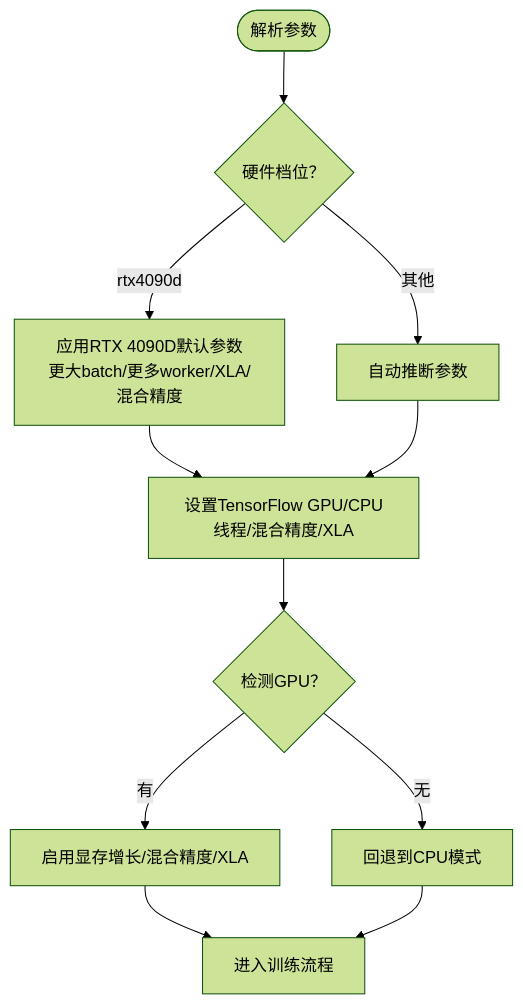
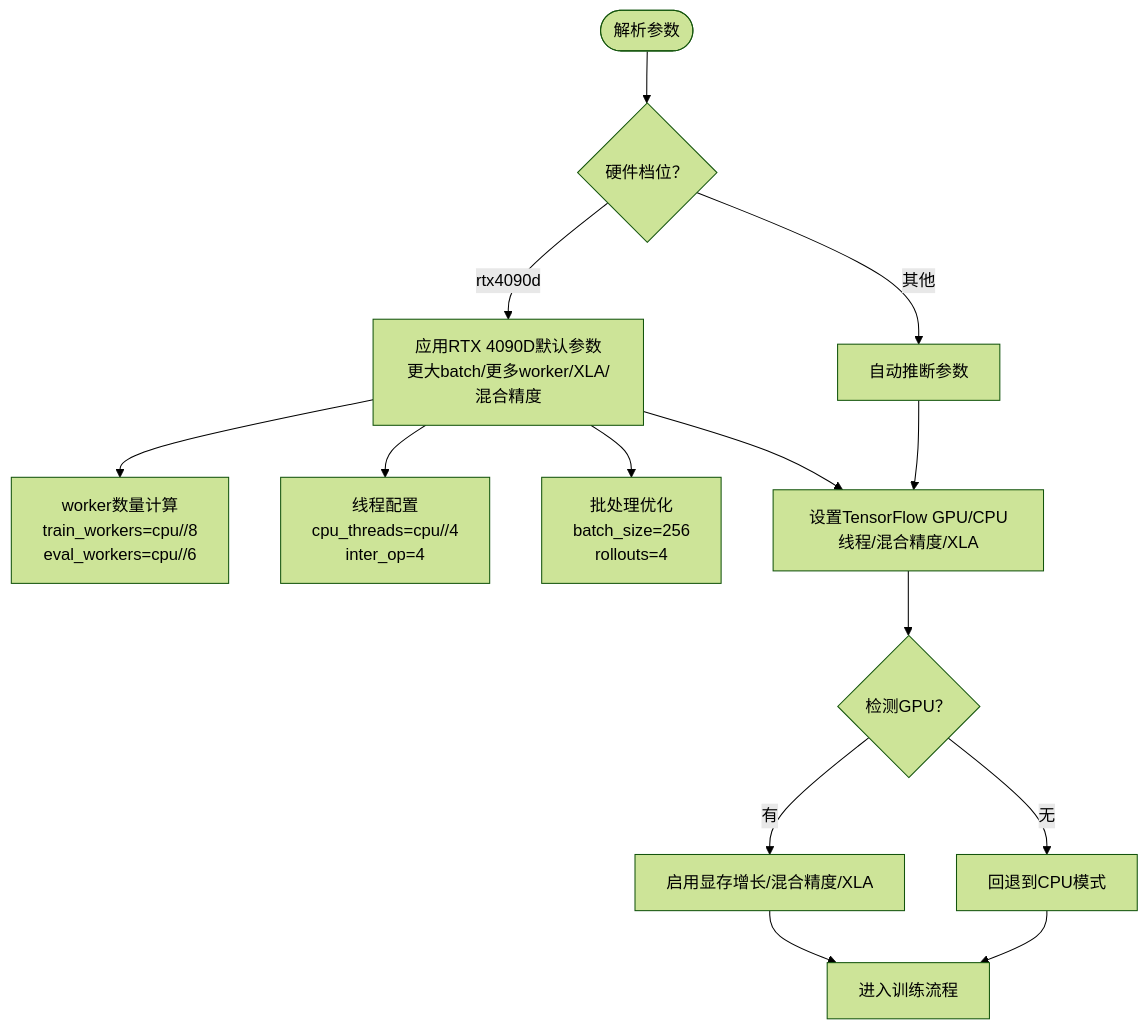
One commit to xiaoguo1987/testonew06 changed the fifth of 8 diagrams in .qoder/repowiki/zh/content/性能优化指南/GPU优化策略.md. Above: the diagram before and after it, drawn with Mermaid (forest theme). The commit also changed other lines of this file and 12 other files, not shown here.

````diff
--- a/.qoder/repowiki/zh/content/性能优化指南/GPU优化策略.md
+++ b/.qoder/repowiki/zh/content/性能优化指南/GPU优化策略.md
@@ -190,13 +200,16 @@
 ```mermaid
 flowchart TD
 Start(["解析参数"]) --> Profile{"硬件档位？"}
 Profile --> |rtx4090d| Apply4090["应用RTX 4090D默认参数<br/>更大batch/更多worker/XLA/混合精度"]
 Profile --> |其他| Auto["自动推断参数"]
+Apply4090 --> WorkerCalc["worker数量计算<br/>train_workers=cpu//8<br/>eval_workers=cpu//6"]
+Apply4090 --> ThreadCalc["线程配置<br/>cpu_threads=cpu//4<br/>inter_op=4"]
+Apply4090 --> BatchCalc["批处理优化<br/>batch_size=256<br/>rollouts=4"]
 Apply4090 --> SetupTF["设置TensorFlow GPU/CPU线程/混合精度/XLA"]
 Auto --> SetupTF
 SetupTF --> GPUCheck{"检测GPU？"}
 GPUCheck --> |有| GPUConf["启用显存增长/混合精度/XLA"]
 GPUCheck --> |无| CPUFallback["回退到CPU模式"]
 GPUConf --> Run["进入训练流程"]
 CPUFallback --> Run
 ```
````
